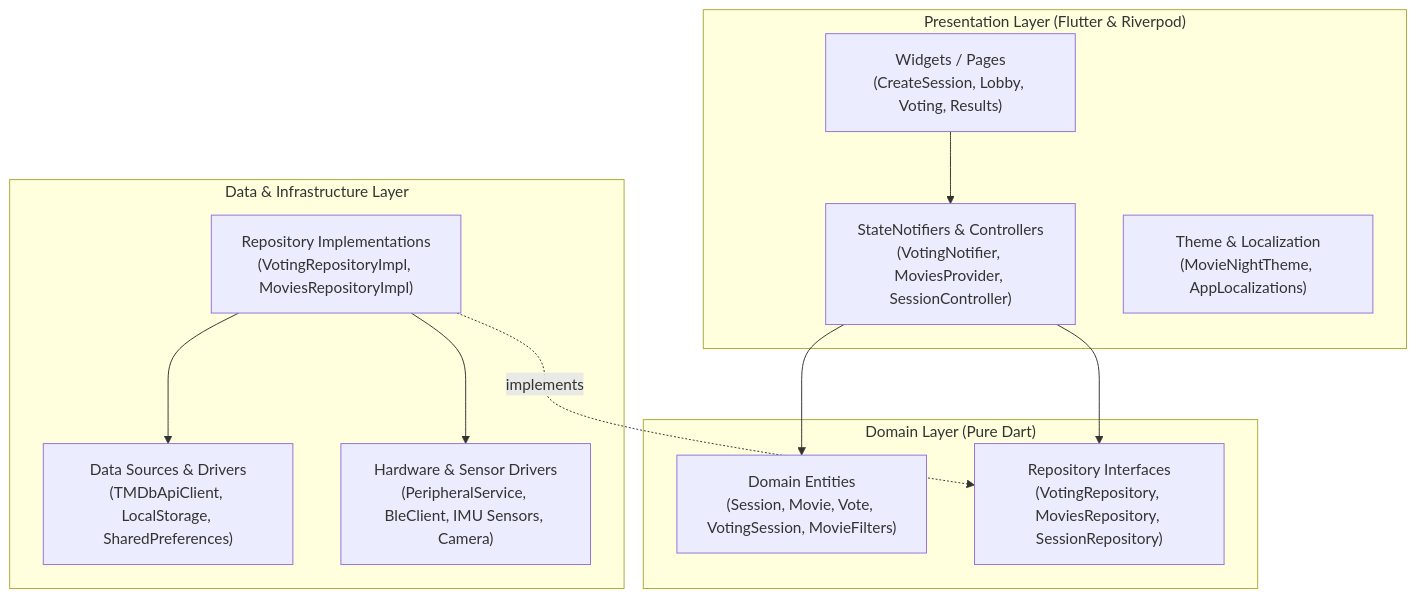
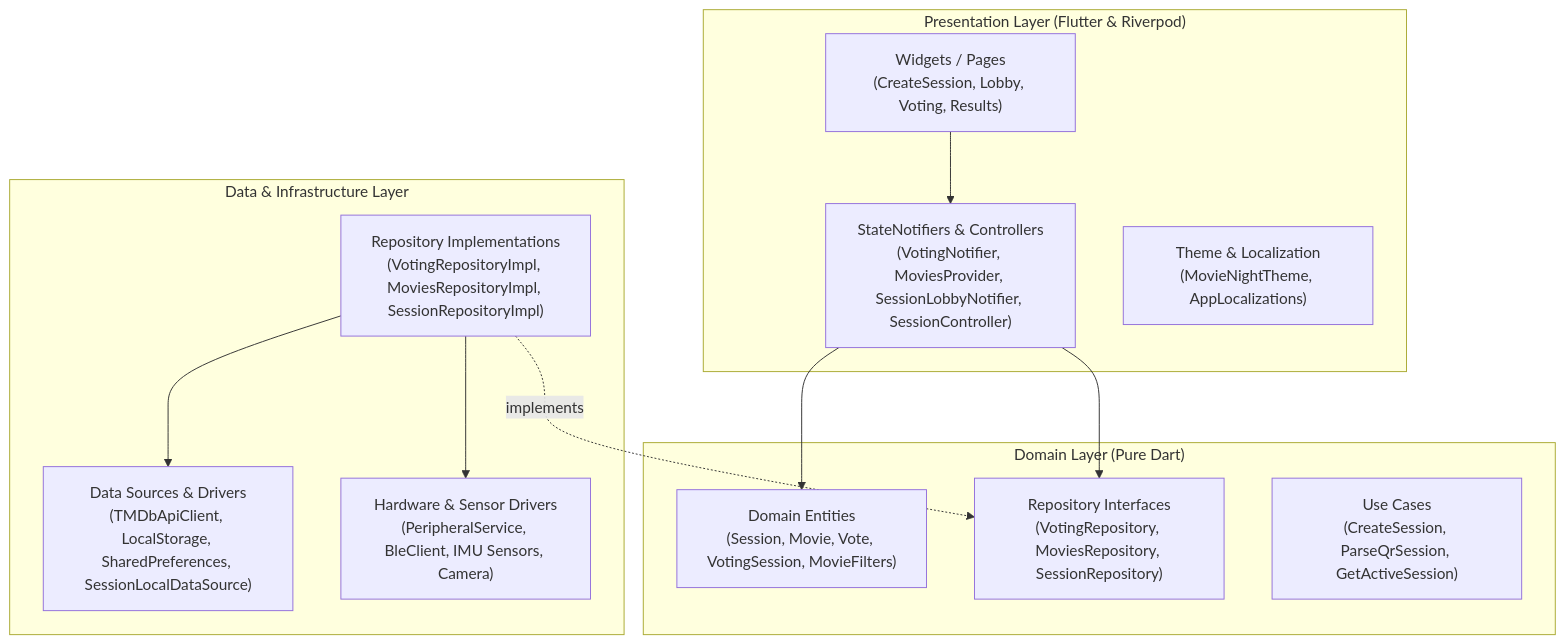
Before and after one commit to solomiiakoba/CM-project: the first of 5 diagrams in movienight_app/docs/architecture.md, drawn with Mermaid. The commit also changed other lines of this file and 157 other files, not shown here.

Commit message:
feat: add api-tmdb feature and general refactoring of all the screens with componentization

````diff
--- a/movienight_app/docs/architecture.md
+++ b/movienight_app/docs/architecture.md
@@ -27,26 +27,27 @@
 ```mermaid
 flowchart TD
     subgraph Presentation_Layer["Presentation Layer (Flutter & Riverpod)"]
         UI["Widgets / Pages\n(CreateSession, Lobby, Voting, Results)"]
-        Notifiers["StateNotifiers & Controllers\n(VotingNotifier, MoviesProvider, SessionController)"]
+        Notifiers["StateNotifiers & Controllers\n(VotingNotifier, MoviesProvider, SessionLobbyNotifier, SessionController)"]
         Theme["Theme & Localization\n(MovieNightTheme, AppLocalizations)"]
     end
 
     subgraph Domain_Layer["Domain Layer (Pure Dart)"]
         Entities["Domain Entities\n(Session, Movie, Vote, VotingSession, MovieFilters)"]
         RepoInterfaces["Repository Interfaces\n(VotingRepository, MoviesRepository, SessionRepository)"]
+        UseCases["Use Cases\n(CreateSession, ParseQrSession, GetActiveSession)"]
     end
 
     subgraph Data_Layer["Data & Infrastructure Layer"]
-        RepoImpl["Repository Implementations\n(VotingRepositoryImpl, MoviesRepositoryImpl)"]
-        Sources["Data Sources & Drivers\n(TMDbApiClient, LocalStorage, SharedPreferences)"]
+        RepoImpl["Repository Implementations\n(VotingRepositoryImpl, MoviesRepositoryImpl, SessionRepositoryImpl)"]
+        Sources["Data Sources & Drivers\n(TMDbApiClient, LocalStorage, SharedPreferences, SessionLocalDataSource)"]
         Sensors["Hardware & Sensor Drivers\n(PeripheralService, BleClient, IMU Sensors, Camera)"]
     end
 
     UI --> Notifiers
     Notifiers --> RepoInterfaces
     Notifiers --> Entities
     RepoImpl -.->|implements| RepoInterfaces
     RepoImpl --> Sources
     RepoImpl --> Sensors
 ```
````
